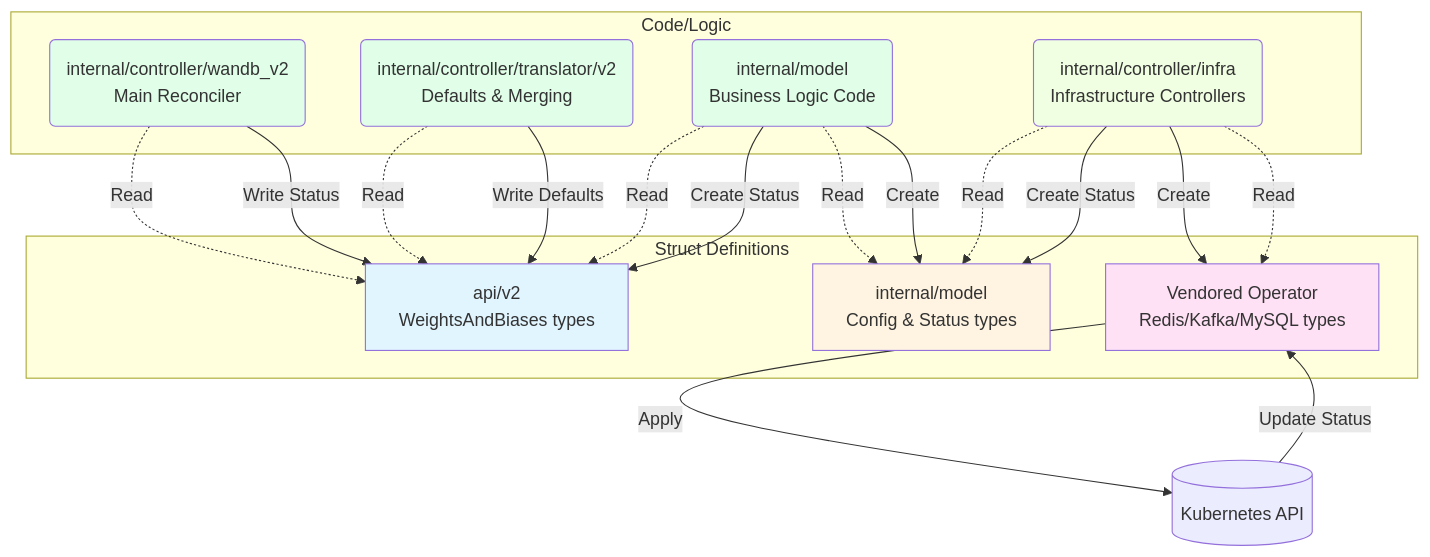
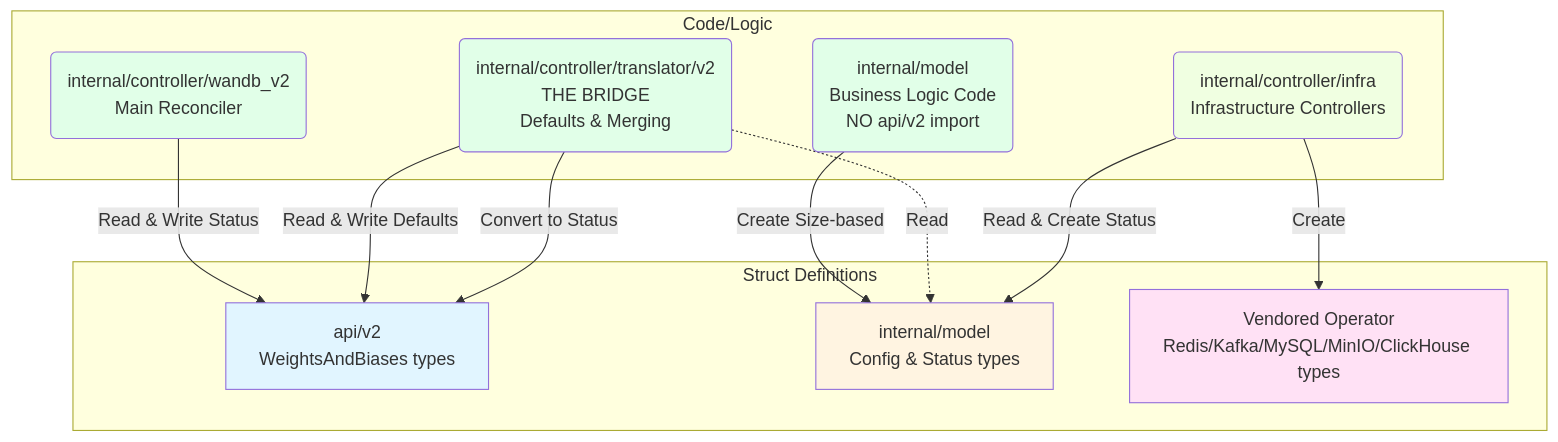
Before and after one commit to wandb/operator: the diagram in docs/design/wandb_v2/struct_usage_graph.md, drawn with Mermaid. The commit also changed other lines of this file and 1 other file, not shown here.

Commit message:
regenerate logic/structure dependency chart

````diff
--- a/docs/design/wandb_v2/struct_usage_graph.md
+++ b/docs/design/wandb_v2/struct_usage_graph.md
@@ -29,44 +29,35 @@
 ```mermaid
 graph TB
     subgraph "Struct Definitions"
         APIStructs["api/v2<br/>WeightsAndBiases types"]
         ModelStructs["internal/model<br/>Config & Status types"]
-        VendorStructs["Vendored Operator<br/>Redis/Kafka/MySQL types"]
+        VendorStructs["Vendored Operator<br/>Redis/Kafka/MySQL/MinIO/ClickHouse types"]
     end
-    
+
     subgraph "Code/Logic"
         Controller("internal/controller/wandb_v2<br/>Main Reconciler")
-        Translator("internal/controller/translator/v2<br/>Defaults & Merging")
-        Model("internal/model<br/>Business Logic Code")
+        Translator("internal/controller/translator/v2<br/>THE BRIDGE<br/>Defaults & Merging")
+        Model("internal/model<br/>Business Logic Code<br/>NO api/v2 import")
         Infra("internal/controller/infra<br/>Infrastructure Controllers")
     end
-    
-    K8sAPI[("Kubernetes API")]
-    
-    Controller -.->|Read| APIStructs
-    Controller -->|Write Status| APIStructs
-    
-    Translator -.->|Read| APIStructs
-    Translator -->|Write Defaults| APIStructs
-    
-    Model -.->|Read| APIStructs
-    Model -.->|Read| ModelStructs
-    Model -->|Create| ModelStructs
-    Model -->|Create Status| APIStructs
-    
-    Infra -.->|Read| ModelStructs
+
+    Controller -->|Read & Write Status| APIStructs
+
+    Translator -->|Read & Write Defaults| APIStructs
+
+    Model -->|Create Size-based| ModelStructs
+
+    Translator -.->|Read| ModelStructs
+    Translator -->|Convert to Status| APIStructs
+
     Infra -->|Create| VendorStructs
-    Infra -.->|Read| VendorStructs
-    Infra -->|Create Status| ModelStructs
-    
-    VendorStructs -->|Apply| K8sAPI
-    K8sAPI -->|Update Status| VendorStructs
-    
+    Infra -->|Read & Create Status| ModelStructs
+
     style APIStructs fill:#e1f5ff
     style ModelStructs fill:#fff4e1
     style VendorStructs fill:#ffe1f5
     style Controller fill:#e1ffe8
     style Translator fill:#e1ffe8
     style Model fill:#e1ffe8
     style Infra fill:#f0ffe1
 ```
````
